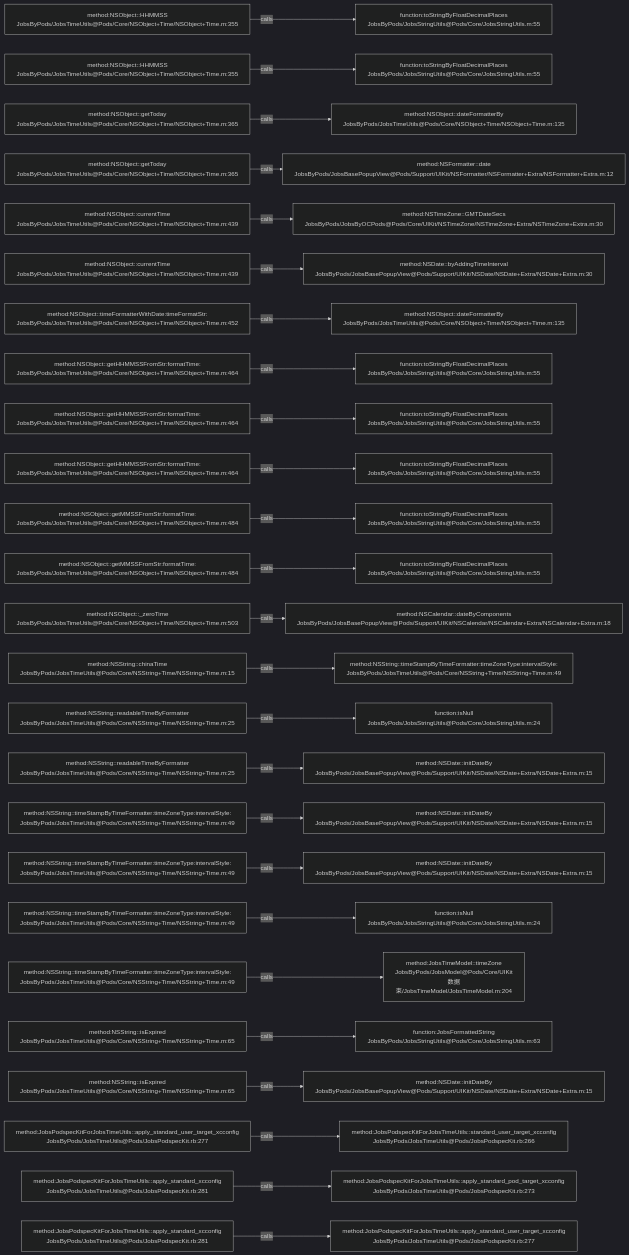
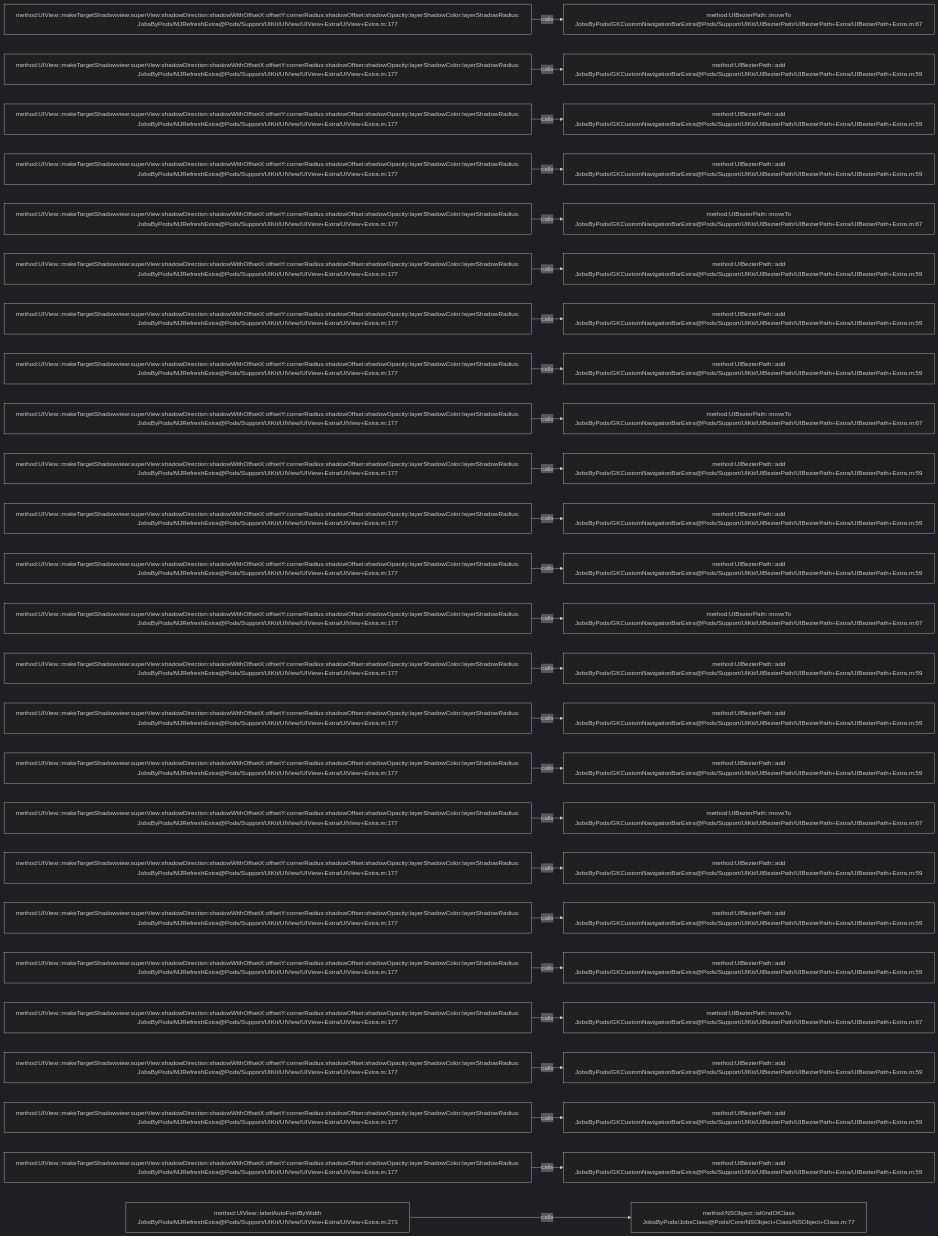
One commit to JobsKits/JobsOCBaseConfigDemo changed the diagram in .codegraph/codegraph.md/graphs/calls-173.md. Above: the diagram before and after it, drawn with Mermaid (dark theme). The commit also changed 639 other files, not shown here.

````diff
--- a/.codegraph/codegraph.md/graphs/calls-173.md
+++ b/.codegraph/codegraph.md/graphs/calls-173.md
@@ -13,78 +13,78 @@
 ```mermaid
 flowchart LR
-  S1["method:NSObject::HHMMSS<br/>JobsByPods/JobsTimeUtils@Pods/Core/NSObject+Time/NSObject+Time.m:355"]
-  T1["function:toStringByFloatDecimalPlaces<br/>JobsByPods/JobsStringUtils@Pods/Core/JobsStringUtils.m:55"]
+  S1["method:UIView::makeTargetShadowview:superView:shadowDirection:shadowWithOffsetX:offsetY:cornerRadius:shadowOffset:shadowOpacity:layerShadowColor:layerShadowRadius:<br/>JobsByPods/MJRefreshExtra@Pods/Support/UIKit/UIView/UIView+Extra/UIView+Extra.m:177"]
+  T1["method:UIBezierPath::moveTo<br/>JobsByPods/GKCustomNavigationBarExtra@Pods/Support/UIKit/UIBezierPath/UIBezierPath+Extra/UIBezierPath+Extra.m:67"]
   S1 -->|calls| T1
-  S2["method:NSObject::HHMMSS<br/>JobsByPods/JobsTimeUtils@Pods/Core/NSObject+Time/NSObject+Time.m:355"]
-  T2["function:toStringByFloatDecimalPlaces<br/>JobsByPods/JobsStringUtils@Pods/Core/JobsStringUtils.m:55"]
+  S2["method:UIView::makeTargetShadowview:superView:shadowDirection:shadowWithOffsetX:offsetY:cornerRadius:shadowOffset:shadowOpacity:layerShadowColor:layerShadowRadius:<br/>JobsByPods/MJRefreshExtra@Pods/Support/UIKit/UIView/UIView+Extra/UIView+Extra.m:177"]
+  T2["method:UIBezierPath::add<br/>JobsByPods/GKCustomNavigationBarExtra@Pods/Support/UIKit/UIBezierPath/UIBezierPath+Extra/UIBezierPath+Extra.m:59"]
   S2 -->|calls| T2
-  S3["method:NSObject::getToday<br/>JobsByPods/JobsTimeUtils@Pods/Core/NSObject+Time/NSObject+Time.m:365"]
-  T3["method:NSObject::dateFormatterBy<br/>JobsByPods/JobsTimeUtils@Pods/Core/NSObject+Time/NSObject+Time.m:135"]
+  S3["method:UIView::makeTargetShadowview:superView:shadowDirection:shadowWithOffsetX:offsetY:cornerRadius:shadowOffset:shadowOpacity:layerShadowColor:layerShadowRadius:<br/>JobsByPods/MJRefreshExtra@Pods/Support/UIKit/UIView/UIView+Extra/UIView+Extra.m:177"]
+  T3["method:UIBezierPath::add<br/>JobsByPods/GKCustomNavigationBarExtra@Pods/Support/UIKit/UIBezierPath/UIBezierPath+Extra/UIBezierPath+Extra.m:59"]
   S3 -->|calls| T3
-  S4["method:NSObject::getToday<br/>JobsByPods/JobsTimeUtils@Pods/Core/NSObject+Time/NSObject+Time.m:365"]
-  T4["method:NSFormatter::date<br/>JobsByPods/JobsBasePopupView@Pods/Support/UIKit/NSFormatter/NSFormatter+Extra/NSFormatter+Extra.m:12"]
+  S4["method:UIView::makeTargetShadowview:superView:shadowDirection:shadowWithOffsetX:offsetY:cornerRadius:shadowOffset:shadowOpacity:layerShadowColor:layerShadowRadius:<br/>JobsByPods/MJRefreshExtra@Pods/Support/UIKit/UIView/UIView+Extra/UIView+Extra.m:177"]
+  T4["method:UIBezierPath::add<br/>JobsByPods/GKCustomNavigationBarExtra@Pods/Support/UIKit/UIBezierPath/UIBezierPath+Extra/UIBezierPath+Extra.m:59"]
   S4 -->|calls| T4
-  S5["method:NSObject::currentTime<br/>JobsByPods/JobsTimeUtils@Pods/Core/NSObject+Time/NSObject+Time.m:439"]
-  T5["method:NSTimeZone::GMTDateSecs<br/>JobsByPods/JobsByOCPods@Pods/Core/UIKit/NSTimeZone/NSTimeZone+Extra/NSTimeZone+Extra.m:30"]
+  S5["method:UIView::makeTargetShadowview:superView:shadowDirection:shadowWithOffsetX:offsetY:cornerRadius:shadowOffset:shadowOpacity:layerShadowColor:layerShadowRadius:<br/>JobsByPods/MJRefreshExtra@Pods/Support/UIKit/UIView/UIView+Extra/UIView+Extra.m:177"]
+  T5["method:UIBezierPath::moveTo<br/>JobsByPods/GKCustomNavigationBarExtra@Pods/Support/UIKit/UIBezierPath/UIBezierPath+Extra/UIBezierPath+Extra.m:67"]
   S5 -->|calls| T5
-  S6["method:NSObject::currentTime<br/>JobsByPods/JobsTimeUtils@Pods/Core/NSObject+Time/NSObject+Time.m:439"]
-  T6["method:NSDate::byAddingTimeInterval<br/>JobsByPods/JobsBasePopupView@Pods/Support/UIKit/NSDate/NSDate+Extra/NSDate+Extra.m:30"]
+  S6["method:UIView::makeTargetShadowview:superView:shadowDirection:shadowWithOffsetX:offsetY:cornerRadius:shadowOffset:shadowOpacity:layerShadowColor:layerShadowRadius:<br/>JobsByPods/MJRefreshExtra@Pods/Support/UIKit/UIView/UIView+Extra/UIView+Extra.m:177"]
+  T6["method:UIBezierPath::add<br/>JobsByPods/GKCustomNavigationBarExtra@Pods/Support/UIKit/UIBezierPath/UIBezierPath+Extra/UIBezierPath+Extra.m:59"]
   S6 -->|calls| T6
-  S7["method:NSObject::timeFormatterWithDate:timeFormatStr:<br/>JobsByPods/JobsTimeUtils@Pods/Core/NSObject+Time/NSObject+Time.m:452"]
-  T7["method:NSObject::dateFormatterBy<br/>JobsByPods/JobsTimeUtils@Pods/Core/NSObject+Time/NSObject+Time.m:135"]
+  S7["method:UIView::makeTargetShadowview:superView:shadowDirection:shadowWithOffsetX:offsetY:cornerRadius:shadowOffset:shadowOpacity:layerShadowColor:layerShadowRadius:<br/>JobsByPods/MJRefreshExtra@Pods/Support/UIKit/UIView/UIView+Extra/UIView+Extra.m:177"]
+  T7["method:UIBezierPath::add<br/>JobsByPods/GKCustomNavigationBarExtra@Pods/Support/UIKit/UIBezierPath/UIBezierPath+Extra/UIBezierPath+Extra.m:59"]
   S7 -->|calls| T7
-  S8["method:NSObject::getHHMMSSFromStr:formatTime:<br/>JobsByPods/JobsTimeUtils@Pods/Core/NSObject+Time/NSObject+Time.m:464"]
-  T8["function:toStringByFloatDecimalPlaces<br/>JobsByPods/JobsStringUtils@Pods/Core/JobsStringUtils.m:55"]
+  S8["method:UIView::makeTargetShadowview:superView:shadowDirection:shadowWithOffsetX:offsetY:cornerRadius:shadowOffset:shadowOpacity:layerShadowColor:layerShadowRadius:<br/>JobsByPods/MJRefreshExtra@Pods/Support/UIKit/UIView/UIView+Extra/UIView+Extra.m:177"]
+  T8["method:UIBezierPath::add<br/>JobsByPods/GKCustomNavigationBarExtra@Pods/Support/UIKit/UIBezierPath/UIBezierPath+Extra/UIBezierPath+Extra.m:59"]
   S8 -->|calls| T8
-  S9["method:NSObject::getHHMMSSFromStr:formatTime:<br/>JobsByPods/JobsTimeUtils@Pods/Core/NSObject+Time/NSObject+Time.m:464"]
-  T9["function:toStringByFloatDecimalPlaces<br/>JobsByPods/JobsStringUtils@Pods/Core/JobsStringUtils.m:55"]
+  S9["method:UIView::makeTargetShadowview:superView:shadowDirection:shadowWithOffsetX:offsetY:cornerRadius:shadowOffset:shadowOpacity:layerShadowColor:layerShadowRadius:<br/>JobsByPods/MJRefreshExtra@Pods/Support/UIKit/UIView/UIView+Extra/UIView+Extra.m:177"]
+  T9["method:UIBezierPath::moveTo<br/>JobsByPods/GKCustomNavigationBarExtra@Pods/Support/UIKit/UIBezierPath/UIBezierPath+Extra/UIBezierPath+Extra.m:67"]
   S9 -->|calls| T9
-  S10["method:NSObject::getHHMMSSFromStr:formatTime:<br/>JobsByPods/JobsTimeUtils@Pods/Core/NSObject+Time/NSObject+Time.m:464"]
-  T10["function:toStringByFloatDecimalPlaces<br/>JobsByPods/JobsStringUtils@Pods/Core/JobsStringUtils.m:55"]
+  S10["method:UIView::makeTargetShadowview:superView:shadowDirection:shadowWithOffsetX:offsetY:cornerRadius:shadowOffset:shadowOpacity:layerShadowColor:layerShadowRadius:<br/>JobsByPods/MJRefreshExtra@Pods/Support/UIKit/UIView/UIView+Extra/UIView+Extra.m:177"]
+  T10["method:UIBezierPath::add<br/>JobsByPods/GKCustomNavigationBarExtra@Pods/Support/UIKit/UIBezierPath/UIBezierPath+Extra/UIBezierPath+Extra.m:59"]
   S10 -->|calls| T10
-  S11["method:NSObject::getMMSSFromStr:formatTime:<br/>JobsByPods/JobsTimeUtils@Pods/Core/NSObject+Time/NSObject+Time.m:484"]
-  T11["function:toStringByFloatDecimalPlaces<br/>JobsByPods/JobsStringUtils@Pods/Core/JobsStringUtils.m:55"]
+  S11["method:UIView::makeTargetShadowview:superView:shadowDirection:shadowWithOffsetX:offsetY:cornerRadius:shadowOffset:shadowOpacity:layerShadowColor:layerShadowRadius:<br/>JobsByPods/MJRefreshExtra@Pods/Support/UIKit/UIView/UIView+Extra/UIView+Extra.m:177"]
+  T11["method:UIBezierPath::add<br/>JobsByPods/GKCustomNavigationBarExtra@Pods/Support/UIKit/UIBezierPath/UIBezierPath+Extra/UIBezierPath+Extra.m:59"]
   S11 -->|calls| T11
-  S12["method:NSObject::getMMSSFromStr:formatTime:<br/>JobsByPods/JobsTimeUtils@Pods/Core/NSObject+Time/NSObject+Time.m:484"]
-  T12["function:toStringByFloatDecimalPlaces<br/>JobsByPods/JobsStringUtils@Pods/Core/JobsStringUtils.m:55"]
+  S12["method:UIView::makeTargetShadowview:superView:shadowDirection:shadowWithOffsetX:offsetY:cornerRadius:shadowOffset:shadowOpacity:layerShadowColor:layerShadowRadius:<br/>JobsByPods/MJRefreshExtra@Pods/Support/UIKit/UIView/UIView+Extra/UIView+Extra.m:177"]
+  T12["method:UIBezierPath::add<br/>JobsByPods/GKCustomNavigationBarExtra@Pods/Support/UIKit/UIBezierPath/UIBezierPath+Extra/UIBezierPath+Extra.m:59"]
   S12 -->|calls| T12
-  S13["method:NSObject::_zeroTime<br/>JobsByPods/JobsTimeUtils@Pods/Core/NSObject+Time/NSObject+Time.m:503"]
-  T13["method:NSCalendar::dateByComponents<br/>JobsByPods/JobsBasePopupView@Pods/Support/UIKit/NSCalendar/NSCalendar+Extra/NSCalendar+Extra.m:18"]
+  S13["method:UIView::makeTargetShadowview:superView:shadowDirection:shadowWithOffsetX:offsetY:cornerRadius:shadowOffset:shadowOpacity:layerShadowColor:layerShadowRadius:<br/>JobsByPods/MJRefreshExtra@Pods/Support/UIKit/UIView/UIView+Extra/UIView+Extra.m:177"]
+  T13["method:UIBezierPath::moveTo<br/>JobsByPods/GKCustomNavigationBarExtra@Pods/Support/UIKit/UIBezierPath/UIBezierPath+Extra/UIBezierPath+Extra.m:67"]
   S13 -->|calls| T13
-  S14["method:NSString::chinaTime<br/>JobsByPods/JobsTimeUtils@Pods/Core/NSString+Time/NSString+Time.m:15"]
-  T14["method:NSString::timeStampByTimeFormatter:timeZoneType:intervalStyle:<br/>JobsByPods/JobsTimeUtils@Pods/Core/NSString+Time/NSString+Time.m:49"]
+  S14["method:UIView::makeTargetShadowview:superView:shadowDirection:shadowWithOffsetX:offsetY:cornerRadius:shadowOffset:shadowOpacity:layerShadowColor:layerShadowRadius:<br/>JobsByPods/MJRefreshExtra@Pods/Support/UIKit/UIView/UIView+Extra/UIView+Extra.m:177"]
+  T14["method:UIBezierPath::add<br/>JobsByPods/GKCustomNavigationBarExtra@Pods/Support/UIKit/UIBezierPath/UIBezierPath+Extra/UIBezierPath+Extra.m:59"]
   S14 -->|calls| T14
-  S15["method:NSString::readableTimeByFormatter<br/>JobsByPods/JobsTimeUtils@Pods/Core/NSString+Time/NSString+Time.m:25"]
-  T15["function:isNull<br/>JobsByPods/JobsStringUtils@Pods/Core/JobsStringUtils.m:24"]
+  S15["method:UIView::makeTargetShadowview:superView:shadowDirection:shadowWithOffsetX:offsetY:cornerRadius:shadowOffset:shadowOpacity:layerShadowColor:layerShadowRadius:<br/>JobsByPods/MJRefreshExtra@Pods/Support/UIKit/UIView/UIView+Extra/UIView+Extra.m:177"]
+  T15["method:UIBezierPath::add<br/>JobsByPods/GKCustomNavigationBarExtra@Pods/Support/UIKit/UIBezierPath/UIBezierPath+Extra/UIBezierPath+Extra.m:59"]
   S15 -->|calls| T15
-  S16["method:NSString::readableTimeByFormatter<br/>JobsByPods/JobsTimeUtils@Pods/Core/NSString+Time/NSString+Time.m:25"]
-  T16["method:NSDate::initDateBy<br/>JobsByPods/JobsBasePopupView@Pods/Support/UIKit/NSDate/NSDate+Extra/NSDate+Extra.m:15"]
+  S16["method:UIView::makeTargetShadowview:superView:shadowDirection:shadowWithOffsetX:offsetY:cornerRadius:shadowOffset:shadowOpacity:layerShadowColor:layerShadowRadius:<br/>JobsByPods/MJRefreshExtra@Pods/Support/UIKit/UIView/UIView+Extra/UIView+Extra.m:177"]
+  T16["method:UIBezierPath::add<br/>JobsByPods/GKCustomNavigationBarExtra@Pods/Support/UIKit/UIBezierPath/UIBezierPath+Extra/UIBezierPath+Extra.m:59"]
   S16 -->|calls| T16
-  S17["method:NSString::timeStampByTimeFormatter:timeZoneType:intervalStyle:<br/>JobsByPods/JobsTimeUtils@Pods/Core/NSString+Time/NSString+Time.m:49"]
-  T17["method:NSDate::initDateBy<br/>JobsByPods/JobsBasePopupView@Pods/Support/UIKit/NSDate/NSDate+Extra/NSDate+Extra.m:15"]
+  S17["method:UIView::makeTargetShadowview:superView:shadowDirection:shadowWithOffsetX:offsetY:cornerRadius:shadowOffset:shadowOpacity:layerShadowColor:layerShadowRadius:<br/>JobsByPods/MJRefreshExtra@Pods/Support/UIKit/UIView/UIView+Extra/UIView+Extra.m:177"]
+  T17["method:UIBezierPath::moveTo<br/>JobsByPods/GKCustomNavigationBarExtra@Pods/Support/UIKit/UIBezierPath/UIBezierPath+Extra/UIBezierPath+Extra.m:67"]
   S17 -->|calls| T17
-  S18["method:NSString::timeStampByTimeFormatter:timeZoneType:intervalStyle:<br/>JobsByPods/JobsTimeUtils@Pods/Core/NSString+Time/NSString+Time.m:49"]
-  T18["method:NSDate::initDateBy<br/>JobsByPods/JobsBasePopupView@Pods/Support/UIKit/NSDate/NSDate+Extra/NSDate+Extra.m:15"]
+  S18["method:UIView::makeTargetShadowview:superView:shadowDirection:shadowWithOffsetX:offsetY:cornerRadius:shadowOffset:shadowOpacity:layerShadowColor:layerShadowRadius:<br/>JobsByPods/MJRefreshExtra@Pods/Support/UIKit/UIView/UIView+Extra/UIView+Extra.m:177"]
+  T18["method:UIBezierPath::add<br/>JobsByPods/GKCustomNavigationBarExtra@Pods/Support/UIKit/UIBezierPath/UIBezierPath+Extra/UIBezierPath+Extra.m:59"]
   S18 -->|calls| T18
-  S19["method:NSString::timeStampByTimeFormatter:timeZoneType:intervalStyle:<br/>JobsByPods/JobsTimeUtils@Pods/Core/NSString+Time/NSString+Time.m:49"]
-  T19["function:isNull<br/>JobsByPods/JobsStringUtils@Pods/Core/JobsStringUtils.m:24"]
+  S19["method:UIView::makeTargetShadowview:superView:shadowDirection:shadowWithOffsetX:offsetY:cornerRadius:shadowOffset:shadowOpacity:layerShadowColor:layerShadowRadius:<br/>JobsByPods/MJRefreshExtra@Pods/Support/UIKit/UIView/UIView+Extra/UIView+Extra.m:177"]
+  T19["method:UIBezierPath::add<br/>JobsByPods/GKCustomNavigationBarExtra@Pods/Support/UIKit/UIBezierPath/UIBezierPath+Extra/UIBezierPath+Extra.m:59"]
   S19 -->|calls| T19
-  S20["method:NSString::timeStampByTimeFormatter:timeZoneType:intervalStyle:<br/>JobsByPods/JobsTimeUtils@Pods/Core/NSString+Time/NSString+Time.m:49"]
-  T20["method:JobsTimeModel::timeZone<br/>JobsByPods/JobsModel@Pods/Core/UIKit数据束/JobsTimeModel/JobsTimeModel.m:204"]
+  S20["method:UIView::makeTargetShadowview:superView:shadowDirection:shadowWithOffsetX:offsetY:cornerRadius:shadowOffset:shadowOpacity:layerShadowColor:layerShadowRadius:<br/>JobsByPods/MJRefreshExtra@Pods/Support/UIKit/UIView/UIView+Extra/UIView+Extra.m:177"]
+  T20["method:UIBezierPath::add<br/>JobsByPods/GKCustomNavigationBarExtra@Pods/Support/UIKit/UIBezierPath/UIBezierPath+Extra/UIBezierPath+Extra.m:59"]
   S20 -->|calls| T20
-  S21["method:NSString::isExpired<br/>JobsByPods/JobsTimeUtils@Pods/Core/NSString+Time/NSString+Time.m:65"]
-  T21["function:JobsFormattedString<br/>JobsByPods/JobsStringUtils@Pods/Core/JobsStringUtils.m:63"]
+  S21["method:UIView::makeTargetShadowview:superView:shadowDirection:shadowWithOffsetX:offsetY:cornerRadius:shadowOffset:shadowOpacity:layerShadowColor:layerShadowRadius:<br/>JobsByPods/MJRefreshExtra@Pods/Support/UIKit/UIView/UIView+Extra/UIView+Extra.m:177"]
+  T21["method:UIBezierPath::moveTo<br/>JobsByPods/GKCustomNavigationBarExtra@Pods/Support/UIKit/UIBezierPath/UIBezierPath+Extra/UIBezierPath+Extra.m:67"]
   S21 -->|calls| T21
-  S22["method:NSString::isExpired<br/>JobsByPods/JobsTimeUtils@Pods/Core/NSString+Time/NSString+Time.m:65"]
-  T22["method:NSDate::initDateBy<br/>JobsByPods/JobsBasePopupView@Pods/Support/UIKit/NSDate/NSDate+Extra/NSDate+Extra.m:15"]
+  S22["method:UIView::makeTargetShadowview:superView:shadowDirection:shadowWithOffsetX:offsetY:cornerRadius:shadowOffset:shadowOpacity:layerShadowColor:layerShadowRadius:<br/>JobsByPods/MJRefreshExtra@Pods/Support/UIKit/UIView/UIView+Extra/UIView+Extra.m:177"]
+  T22["method:UIBezierPath::add<br/>JobsByPods/GKCustomNavigationBarExtra@Pods/Support/UIKit/UIBezierPath/UIBezierPath+Extra/UIBezierPath+Extra.m:59"]
   S22 -->|calls| T22
-  S23["method:JobsPodspecKitForJobsTimeUtils::apply_standard_user_target_xcconfig<br/>JobsByPods/JobsTimeUtils@Pods/JobsPodspecKit.rb:277"]
-  T23["method:JobsPodspecKitForJobsTimeUtils::standard_user_target_xcconfig<br/>JobsByPods/JobsTimeUtils@Pods/JobsPodspecKit.rb:266"]
+  S23["method:UIView::makeTargetShadowview:superView:shadowDirection:shadowWithOffsetX:offsetY:cornerRadius:shadowOffset:shadowOpacity:layerShadowColor:layerShadowRadius:<br/>JobsByPods/MJRefreshExtra@Pods/Support/UIKit/UIView/UIView+Extra/UIView+Extra.m:177"]
+  T23["method:UIBezierPath::add<br/>JobsByPods/GKCustomNavigationBarExtra@Pods/Support/UIKit/UIBezierPath/UIBezierPath+Extra/UIBezierPath+Extra.m:59"]
   S23 -->|calls| T23
-  S24["method:JobsPodspecKitForJobsTimeUtils::apply_standard_xcconfig<br/>JobsByPods/JobsTimeUtils@Pods/JobsPodspecKit.rb:281"]
-  T24["method:JobsPodspecKitForJobsTimeUtils::apply_standard_pod_target_xcconfig<br/>JobsByPods/JobsTimeUtils@Pods/JobsPodspecKit.rb:273"]
+  S24["method:UIView::makeTargetShadowview:superView:shadowDirection:shadowWithOffsetX:offsetY:cornerRadius:shadowOffset:shadowOpacity:layerShadowColor:layerShadowRadius:<br/>JobsByPods/MJRefreshExtra@Pods/Support/UIKit/UIView/UIView+Extra/UIView+Extra.m:177"]
+  T24["method:UIBezierPath::add<br/>JobsByPods/GKCustomNavigationBarExtra@Pods/Support/UIKit/UIBezierPath/UIBezierPath+Extra/UIBezierPath+Extra.m:59"]
   S24 -->|calls| T24
-  S25["method:JobsPodspecKitForJobsTimeUtils::apply_standard_xcconfig<br/>JobsByPods/JobsTimeUtils@Pods/JobsPodspecKit.rb:281"]
-  T25["method:JobsPodspecKitForJobsTimeUtils::apply_standard_user_target_xcconfig<br/>JobsByPods/JobsTimeUtils@Pods/JobsPodspecKit.rb:277"]
+  S25["method:UIView::labelAutoFontByWidth<br/>JobsByPods/MJRefreshExtra@Pods/Support/UIKit/UIView/UIView+Extra/UIView+Extra.m:273"]
+  T25["method:NSObject::isKindOfClass<br/>JobsByPods/JobsClass@Pods/Core/NSObject+Class/NSObject+Class.m:77"]
   S25 -->|calls| T25
 ```
````
